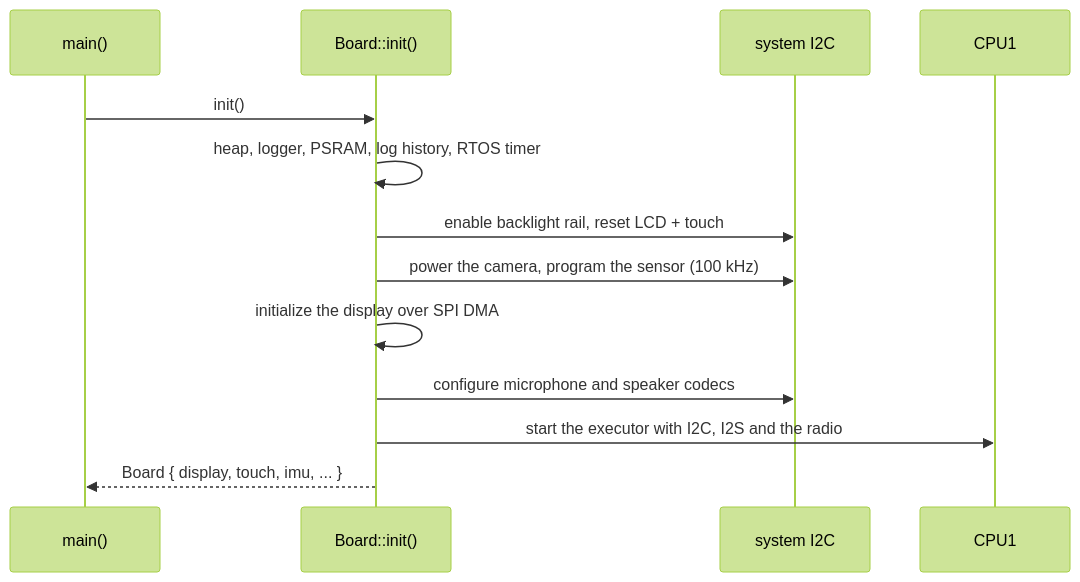
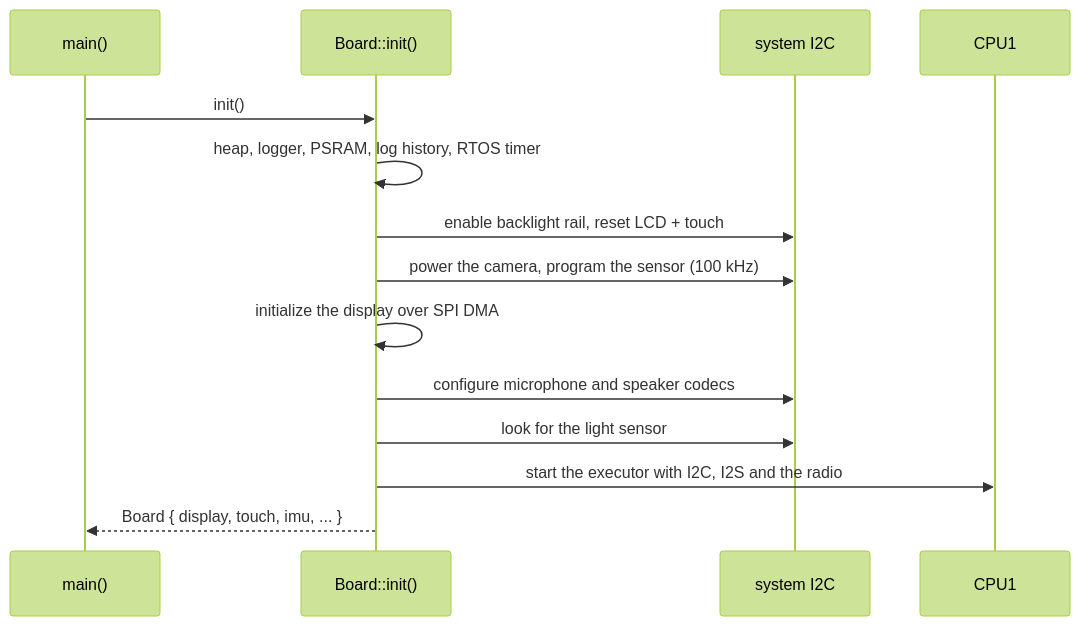
One commit to wackazong/hackandhike-2026 changed the second of 7 diagrams in docs/architecture.md. Above: the diagram before and after it, drawn with Mermaid (forest theme). The commit also changed other lines of this file and 11 other files, not shown here.

````diff
--- a/docs/architecture.md
+++ b/docs/architecture.md
@@ -49,16 +49,17 @@
 ```mermaid
 sequenceDiagram
     participant Main as main()
     participant Board as Board::init()
     participant I2C as system I2C
     participant CPU1 as CPU1
 
     Main->>Board: init()
     Board->>Board: heap, logger, PSRAM, log history, RTOS timer
     Board->>I2C: enable backlight rail, reset LCD + touch
     Board->>I2C: power the camera, program the sensor (100 kHz)
     Board->>Board: initialize the display over SPI DMA
     Board->>I2C: configure microphone and speaker codecs
+    Board->>I2C: look for the light sensor
     Board->>CPU1: start the executor with I2C, I2S and the radio
     Board-->>Main: Board { display, touch, imu, ... }
 ```
````
